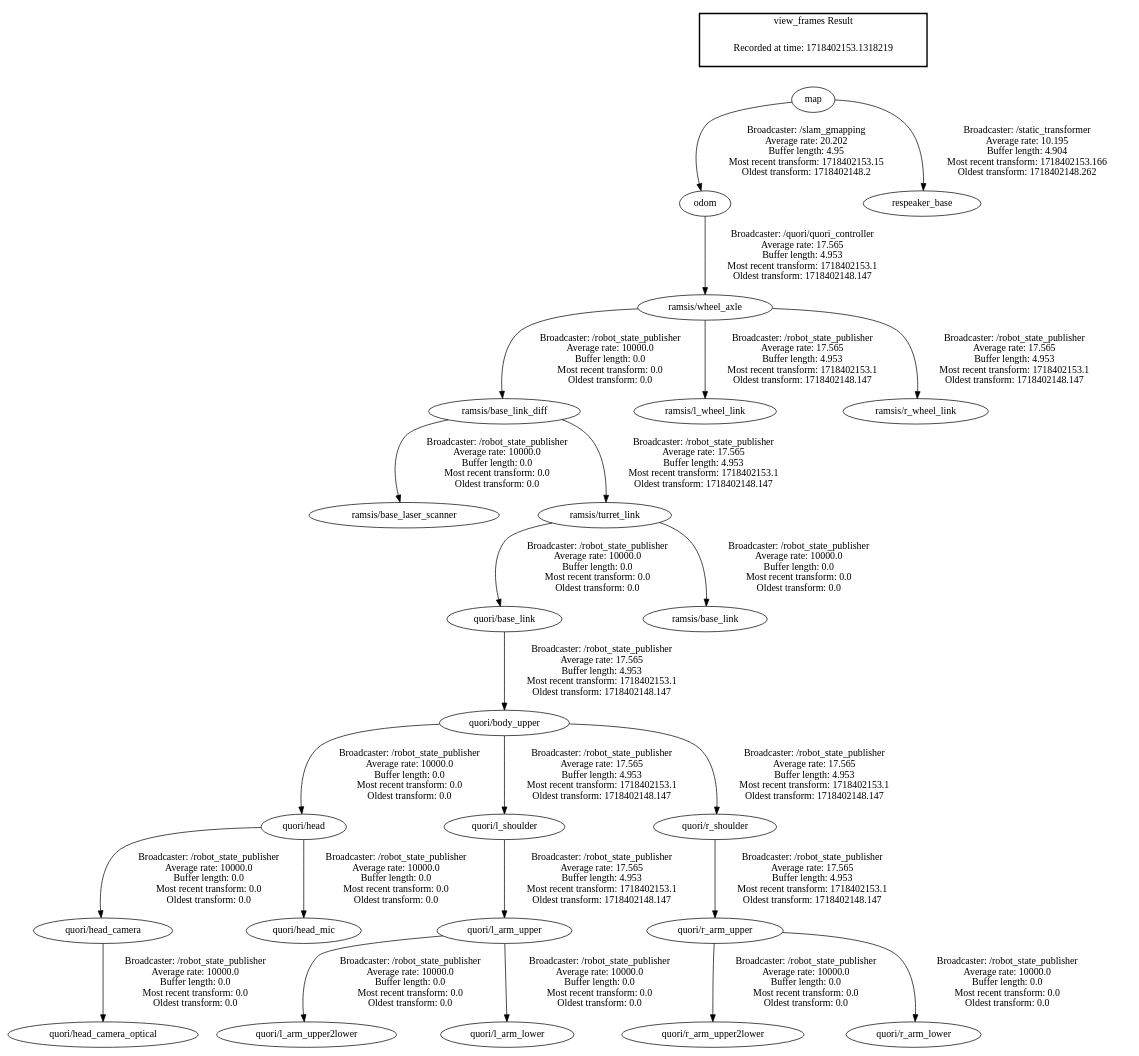
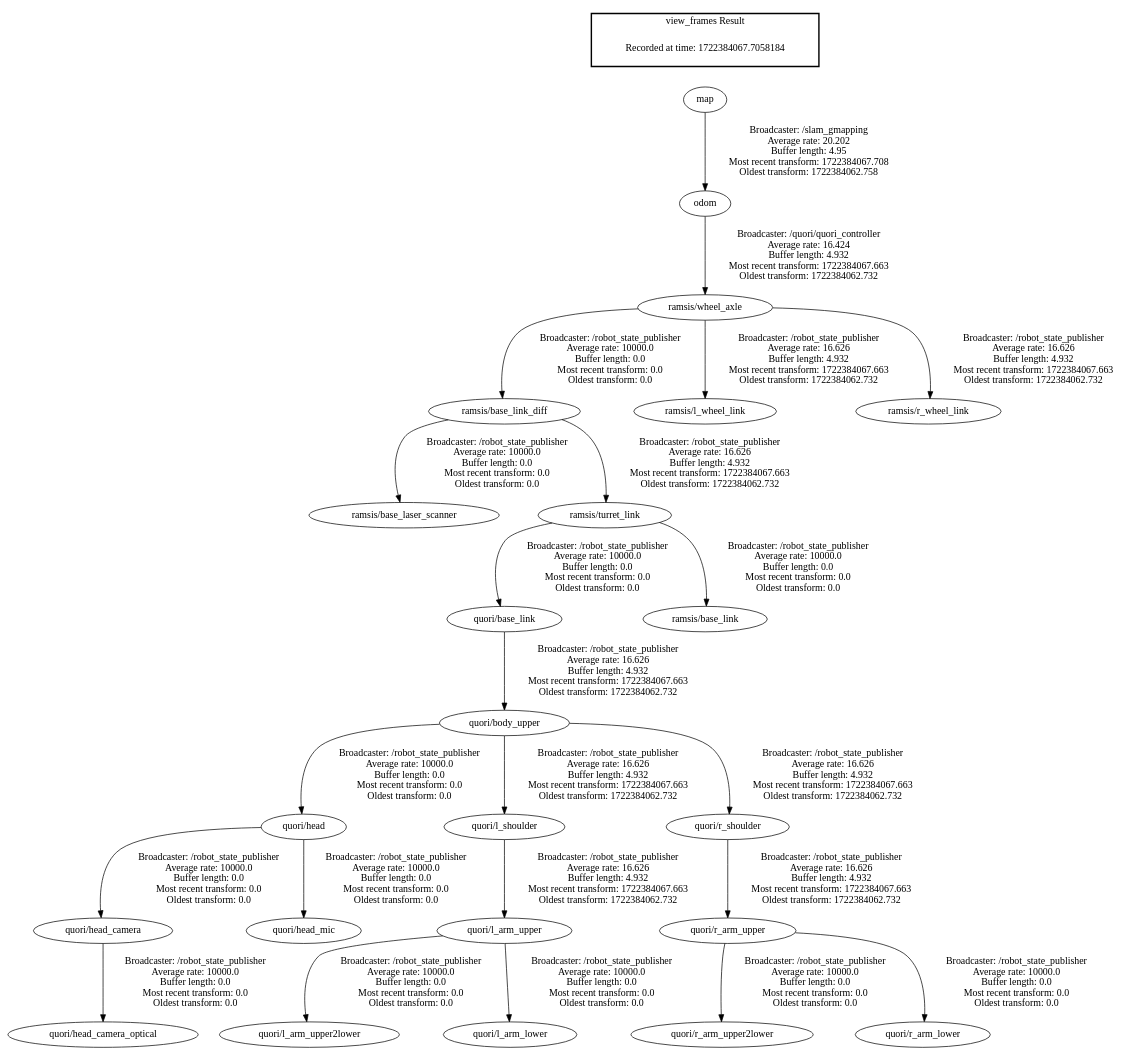
The diagram in frames.gv (zmeyer1/quori_ros), drawn with Graphviz before and after one commit. The commit also changed 9 other files, not shown here.

```diff
--- a/frames.gv
+++ b/frames.gv
@@ -1,29 +1,28 @@
 digraph G {
 "quori/head" -> "quori/head_camera"[label=" Broadcaster: /robot_state_publisher\nAverage rate: 10000.0\nBuffer length: 0.0\nMost recent transform: 0.0\nOldest transform: 0.0\n"];
 "quori/body_upper" -> "quori/head"[label=" Broadcaster: /robot_state_publisher\nAverage rate: 10000.0\nBuffer length: 0.0\nMost recent transform: 0.0\nOldest transform: 0.0\n"];
 "quori/head_camera" -> "quori/head_camera_optical"[label=" Broadcaster: /robot_state_publisher\nAverage rate: 10000.0\nBuffer length: 0.0\nMost recent transform: 0.0\nOldest transform: 0.0\n"];
 "quori/l_arm_upper" -> "quori/l_arm_upper2lower"[label=" Broadcaster: /robot_state_publisher\nAverage rate: 10000.0\nBuffer length: 0.0\nMost recent transform: 0.0\nOldest transform: 0.0\n"];
-"quori/l_shoulder" -> "quori/l_arm_upper"[label=" Broadcaster: /robot_state_publisher\nAverage rate: 17.565\nBuffer length: 4.953\nMost recent transform: 1718402153.1\nOldest transform: 1718402148.147\n"];
+"quori/l_shoulder" -> "quori/l_arm_upper"[label=" Broadcaster: /robot_state_publisher\nAverage rate: 16.626\nBuffer length: 4.932\nMost recent transform: 1722384067.663\nOldest transform: 1722384062.732\n"];
 "quori/l_arm_upper" -> "quori/l_arm_lower"[label=" Broadcaster: /robot_state_publisher\nAverage rate: 10000.0\nBuffer length: 0.0\nMost recent transform: 0.0\nOldest transform: 0.0\n"];
 "ramsis/base_link_diff" -> "ramsis/base_laser_scanner"[label=" Broadcaster: /robot_state_publisher\nAverage rate: 10000.0\nBuffer length: 0.0\nMost recent transform: 0.0\nOldest transform: 0.0\n"];
 "ramsis/wheel_axle" -> "ramsis/base_link_diff"[label=" Broadcaster: /robot_state_publisher\nAverage rate: 10000.0\nBuffer length: 0.0\nMost recent transform: 0.0\nOldest transform: 0.0\n"];
 "quori/head" -> "quori/head_mic"[label=" Broadcaster: /robot_state_publisher\nAverage rate: 10000.0\nBuffer length: 0.0\nMost recent transform: 0.0\nOldest transform: 0.0\n"];
-"quori/base_link" -> "quori/body_upper"[label=" Broadcaster: /robot_state_publisher\nAverage rate: 17.565\nBuffer length: 4.953\nMost recent transform: 1718402153.1\nOldest transform: 1718402148.147\n"];
+"quori/base_link" -> "quori/body_upper"[label=" Broadcaster: /robot_state_publisher\nAverage rate: 16.626\nBuffer length: 4.932\nMost recent transform: 1722384067.663\nOldest transform: 1722384062.732\n"];
 "quori/r_arm_upper" -> "quori/r_arm_upper2lower"[label=" Broadcaster: /robot_state_publisher\nAverage rate: 10000.0\nBuffer length: 0.0\nMost recent transform: 0.0\nOldest transform: 0.0\n"];
-"quori/r_shoulder" -> "quori/r_arm_upper"[label=" Broadcaster: /robot_state_publisher\nAverage rate: 17.565\nBuffer length: 4.953\nMost recent transform: 1718402153.1\nOldest transform: 1718402148.147\n"];
+"quori/r_shoulder" -> "quori/r_arm_upper"[label=" Broadcaster: /robot_state_publisher\nAverage rate: 16.626\nBuffer length: 4.932\nMost recent transform: 1722384067.663\nOldest transform: 1722384062.732\n"];
 "quori/r_arm_upper" -> "quori/r_arm_lower"[label=" Broadcaster: /robot_state_publisher\nAverage rate: 10000.0\nBuffer length: 0.0\nMost recent transform: 0.0\nOldest transform: 0.0\n"];
-"odom" -> "ramsis/wheel_axle"[label=" Broadcaster: /quori/quori_controller\nAverage rate: 17.565\nBuffer length: 4.953\nMost recent transform: 1718402153.1\nOldest transform: 1718402148.147\n"];
+"odom" -> "ramsis/wheel_axle"[label=" Broadcaster: /quori/quori_controller\nAverage rate: 16.424\nBuffer length: 4.932\nMost recent transform: 1722384067.663\nOldest transform: 1722384062.732\n"];
 "ramsis/turret_link" -> "quori/base_link"[label=" Broadcaster: /robot_state_publisher\nAverage rate: 10000.0\nBuffer length: 0.0\nMost recent transform: 0.0\nOldest transform: 0.0\n"];
-"ramsis/base_link_diff" -> "ramsis/turret_link"[label=" Broadcaster: /robot_state_publisher\nAverage rate: 17.565\nBuffer length: 4.953\nMost recent transform: 1718402153.1\nOldest transform: 1718402148.147\n"];
+"ramsis/base_link_diff" -> "ramsis/turret_link"[label=" Broadcaster: /robot_state_publisher\nAverage rate: 16.626\nBuffer length: 4.932\nMost recent transform: 1722384067.663\nOldest transform: 1722384062.732\n"];
 "ramsis/turret_link" -> "ramsis/base_link"[label=" Broadcaster: /robot_state_publisher\nAverage rate: 10000.0\nBuffer length: 0.0\nMost recent transform: 0.0\nOldest transform: 0.0\n"];
-"map" -> "odom"[label=" Broadcaster: /slam_gmapping\nAverage rate: 20.202\nBuffer length: 4.95\nMost recent transform: 1718402153.15\nOldest transform: 1718402148.2\n"];
-"quori/body_upper" -> "quori/l_shoulder"[label=" Broadcaster: /robot_state_publisher\nAverage rate: 17.565\nBuffer length: 4.953\nMost recent transform: 1718402153.1\nOldest transform: 1718402148.147\n"];
-"ramsis/wheel_axle" -> "ramsis/l_wheel_link"[label=" Broadcaster: /robot_state_publisher\nAverage rate: 17.565\nBuffer length: 4.953\nMost recent transform: 1718402153.1\nOldest transform: 1718402148.147\n"];
-"quori/body_upper" -> "quori/r_shoulder"[label=" Broadcaster: /robot_state_publisher\nAverage rate: 17.565\nBuffer length: 4.953\nMost recent transform: 1718402153.1\nOldest transform: 1718402148.147\n"];
-"ramsis/wheel_axle" -> "ramsis/r_wheel_link"[label=" Broadcaster: /robot_state_publisher\nAverage rate: 17.565\nBuffer length: 4.953\nMost recent transform: 1718402153.1\nOldest transform: 1718402148.147\n"];
-"map" -> "respeaker_base"[label=" Broadcaster: /static_transformer\nAverage rate: 10.195\nBuffer length: 4.904\nMost recent transform: 1718402153.166\nOldest transform: 1718402148.262\n"];
+"map" -> "odom"[label=" Broadcaster: /slam_gmapping\nAverage rate: 20.202\nBuffer length: 4.95\nMost recent transform: 1722384067.708\nOldest transform: 1722384062.758\n"];
+"quori/body_upper" -> "quori/l_shoulder"[label=" Broadcaster: /robot_state_publisher\nAverage rate: 16.626\nBuffer length: 4.932\nMost recent transform: 1722384067.663\nOldest transform: 1722384062.732\n"];
+"ramsis/wheel_axle" -> "ramsis/l_wheel_link"[label=" Broadcaster: /robot_state_publisher\nAverage rate: 16.626\nBuffer length: 4.932\nMost recent transform: 1722384067.663\nOldest transform: 1722384062.732\n"];
+"quori/body_upper" -> "quori/r_shoulder"[label=" Broadcaster: /robot_state_publisher\nAverage rate: 16.626\nBuffer length: 4.932\nMost recent transform: 1722384067.663\nOldest transform: 1722384062.732\n"];
+"ramsis/wheel_axle" -> "ramsis/r_wheel_link"[label=" Broadcaster: /robot_state_publisher\nAverage rate: 16.626\nBuffer length: 4.932\nMost recent transform: 1722384067.663\nOldest transform: 1722384062.732\n"];
 edge [style=invis];
  subgraph cluster_legend { style=bold; color=black; label ="view_frames Result";
-"Recorded at time: 1718402153.1318219"[ shape=plaintext ] ;
+"Recorded at time: 1722384067.7058184"[ shape=plaintext ] ;
 }->"map";
 }
```
